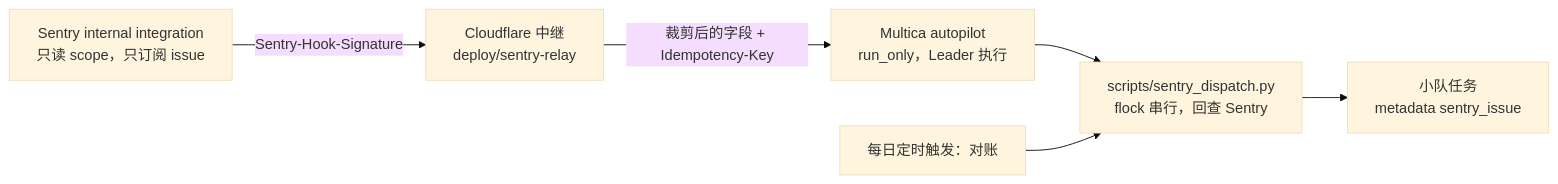
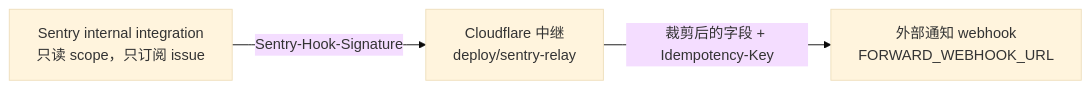
One commit to AkkiaLab/AkkiaBot changed the diagram in docs/sentry-webhook.md. Above: the diagram before and after it, drawn with Mermaid (base theme). The commit also changed other lines of this file and 38 other files, not shown here.

````diff
--- a/docs/sentry-webhook.md
+++ b/docs/sentry-webhook.md
@@ -7,8 +7,5 @@
 ```mermaid
 flowchart LR
   S[Sentry internal integration<br/>只读 scope，只订阅 issue] -->|Sentry-Hook-Signature| R[Cloudflare 中继<br/>deploy/sentry-relay]
-  R -->|裁剪后的字段 + Idempotency-Key| M[Multica autopilot<br/>run_only，Leader 执行]
-  M --> D[scripts/sentry_dispatch.py<br/>flock 串行，回查 Sentry]
-  C[每日定时触发：对账] --> D
-  D --> T[小队任务<br/>metadata sentry_issue]
+  R -->|裁剪后的字段 + Idempotency-Key| W[外部通知 webhook<br/>FORWARD_WEBHOOK_URL]
 ```
````
